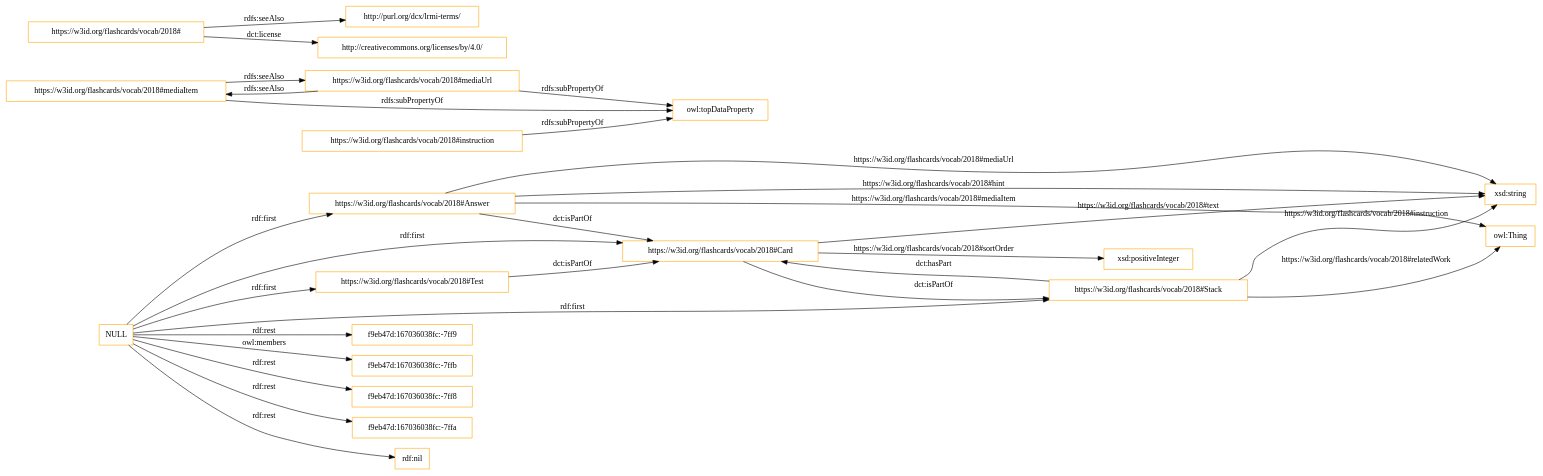
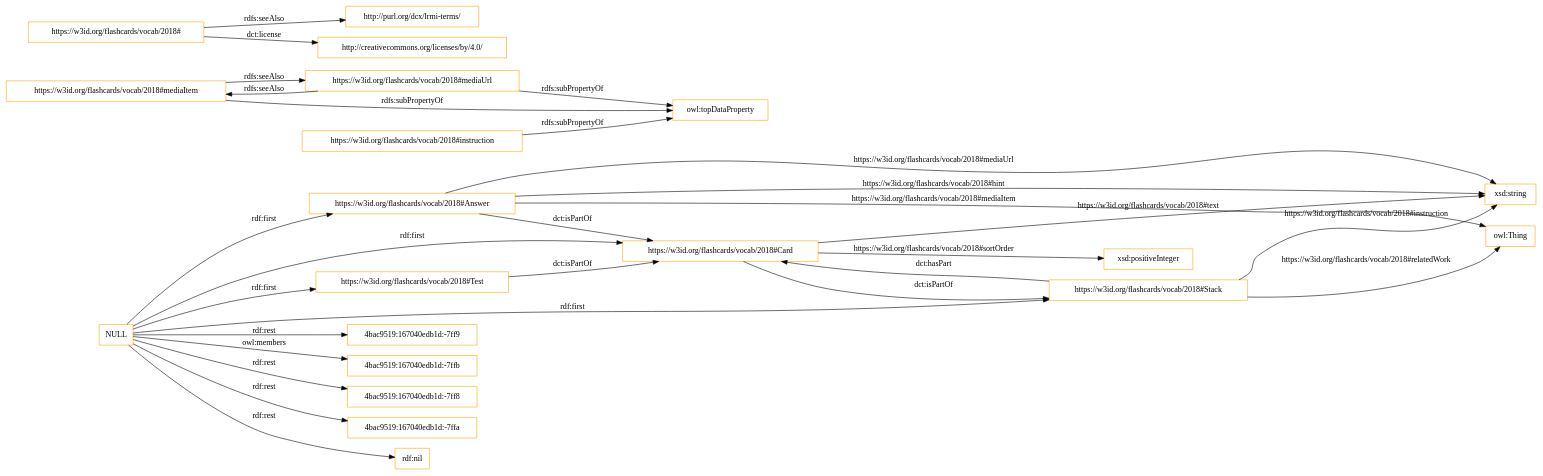
The diagram in OnToology/flashcardvoc.owl/diagrams/ar2dtool-class/flashcardvoc.owl.png.dot (OnToologyUser/flashcard-vocabulary), drawn with Graphviz before and after one commit. The commit also changed 7 other files, not shown here.

```diff
--- a/OnToology/flashcardvoc.owl/diagrams/ar2dtool-class/flashcardvoc.owl.png.dot
+++ b/OnToology/flashcardvoc.owl/diagrams/ar2dtool-class/flashcardvoc.owl.png.dot
@@ -1,33 +1,33 @@
 digraph ar2dtool_diagram { 
 rankdir=LR;
 size="1501"
 node [shape = rectangle, color="orange"]; "https://w3id.org/flashcards/vocab/2018#Test" "https://w3id.org/flashcards/vocab/2018#Stack" "https://w3id.org/flashcards/vocab/2018#Card" "https://w3id.org/flashcards/vocab/2018#Answer" ; /*classes style*/
 	"https://w3id.org/flashcards/vocab/2018#Card" -> "https://w3id.org/flashcards/vocab/2018#Stack" [ label = "dct:isPartOf" ];
 	"https://w3id.org/flashcards/vocab/2018#mediaItem" -> "https://w3id.org/flashcards/vocab/2018#mediaUrl" [ label = "rdfs:seeAlso" ];
 	"https://w3id.org/flashcards/vocab/2018#mediaItem" -> "owl:topDataProperty" [ label = "rdfs:subPropertyOf" ];
 	"https://w3id.org/flashcards/vocab/2018#Answer" -> "https://w3id.org/flashcards/vocab/2018#Card" [ label = "dct:isPartOf" ];
 	"https://w3id.org/flashcards/vocab/2018#Test" -> "https://w3id.org/flashcards/vocab/2018#Card" [ label = "dct:isPartOf" ];
 	"https://w3id.org/flashcards/vocab/2018#instruction" -> "owl:topDataProperty" [ label = "rdfs:subPropertyOf" ];
 	"https://w3id.org/flashcards/vocab/2018#mediaUrl" -> "https://w3id.org/flashcards/vocab/2018#mediaItem" [ label = "rdfs:seeAlso" ];
 	"https://w3id.org/flashcards/vocab/2018#mediaUrl" -> "owl:topDataProperty" [ label = "rdfs:subPropertyOf" ];
 	"https://w3id.org/flashcards/vocab/2018#Stack" -> "https://w3id.org/flashcards/vocab/2018#Card" [ label = "dct:hasPart" ];
-	"NULL" -> "f9eb47d:167036038fc:-7ff9" [ label = "rdf:rest" ];
+	"NULL" -> "4bac9519:167040edb1d:-7ff9" [ label = "rdf:rest" ];
 	"NULL" -> "https://w3id.org/flashcards/vocab/2018#Card" [ label = "rdf:first" ];
-	"NULL" -> "f9eb47d:167036038fc:-7ffb" [ label = "owl:members" ];
-	"NULL" -> "f9eb47d:167036038fc:-7ff8" [ label = "rdf:rest" ];
+	"NULL" -> "4bac9519:167040edb1d:-7ffb" [ label = "owl:members" ];
+	"NULL" -> "4bac9519:167040edb1d:-7ff8" [ label = "rdf:rest" ];
 	"NULL" -> "https://w3id.org/flashcards/vocab/2018#Stack" [ label = "rdf:first" ];
-	"NULL" -> "f9eb47d:167036038fc:-7ffa" [ label = "rdf:rest" ];
+	"NULL" -> "4bac9519:167040edb1d:-7ffa" [ label = "rdf:rest" ];
 	"NULL" -> "https://w3id.org/flashcards/vocab/2018#Answer" [ label = "rdf:first" ];
 	"NULL" -> "rdf:nil" [ label = "rdf:rest" ];
 	"NULL" -> "https://w3id.org/flashcards/vocab/2018#Test" [ label = "rdf:first" ];
 	"https://w3id.org/flashcards/vocab/2018#" -> "http://purl.org/dcx/lrmi-terms/" [ label = "rdfs:seeAlso" ];
 	"https://w3id.org/flashcards/vocab/2018#" -> "http://creativecommons.org/licenses/by/4.0/" [ label = "dct:license" ];
 	"https://w3id.org/flashcards/vocab/2018#Stack" -> "xsd:string" [ label = "https://w3id.org/flashcards/vocab/2018#instruction" ];
 	"https://w3id.org/flashcards/vocab/2018#Card" -> "xsd:string" [ label = "https://w3id.org/flashcards/vocab/2018#text" ];
 	"https://w3id.org/flashcards/vocab/2018#Answer" -> "xsd:string" [ label = "https://w3id.org/flashcards/vocab/2018#mediaUrl" ];
 	"https://w3id.org/flashcards/vocab/2018#Stack" -> "owl:Thing" [ label = "https://w3id.org/flashcards/vocab/2018#relatedWork" ];
 	"https://w3id.org/flashcards/vocab/2018#Answer" -> "owl:Thing" [ label = "https://w3id.org/flashcards/vocab/2018#mediaItem" ];
 	"https://w3id.org/flashcards/vocab/2018#Card" -> "xsd:positiveInteger" [ label = "https://w3id.org/flashcards/vocab/2018#sortOrder" ];
 	"https://w3id.org/flashcards/vocab/2018#Answer" -> "xsd:string" [ label = "https://w3id.org/flashcards/vocab/2018#hint" ];
 
 }
```
